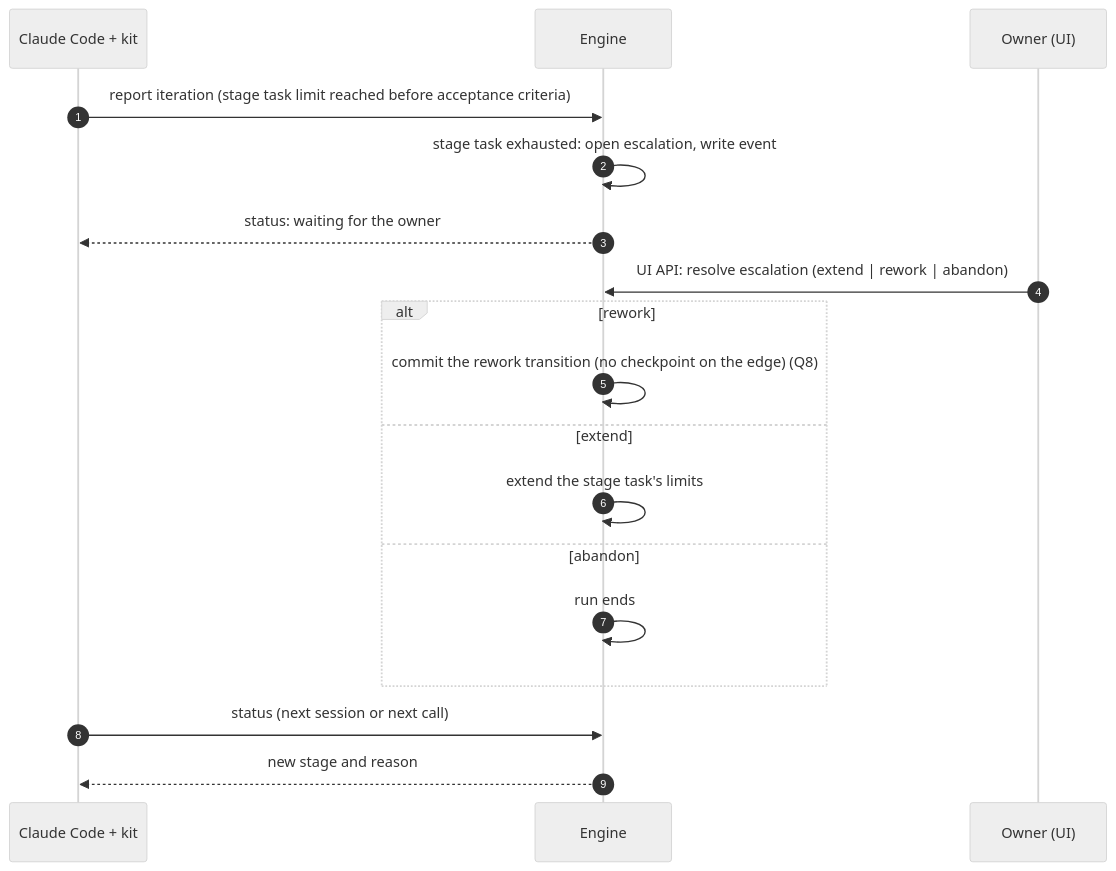
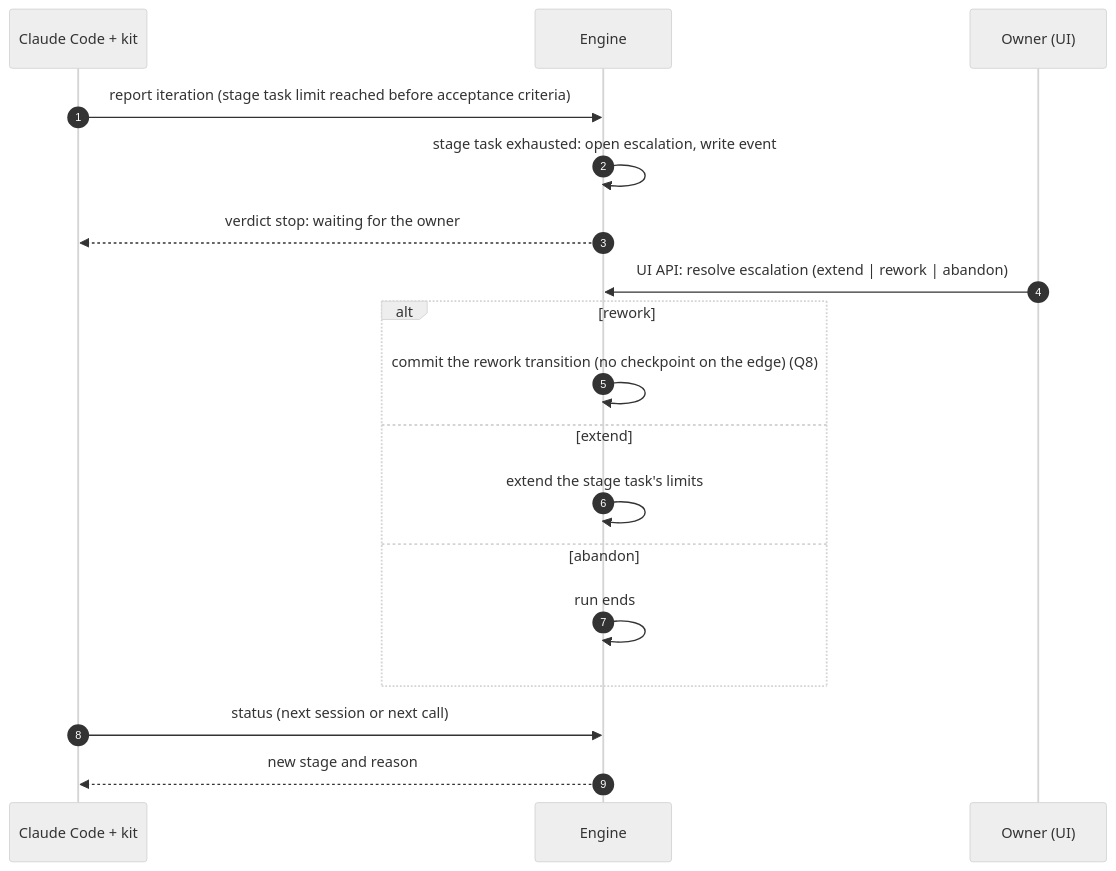
One commit to JoDi-27/ai-workflow-poc changed the sixth of 9 diagrams in docs/architecture/sequences.md. Above: the diagram before and after it, drawn with Mermaid (neutral theme). The commit also changed other lines of this file and 10 other files, not shown here.

````diff
--- a/docs/architecture/sequences.md
+++ b/docs/architecture/sequences.md
@@ -158,20 +158,20 @@
 ```mermaid
 sequenceDiagram
   autonumber
   participant CC as Claude Code + kit
   participant E as Engine
   participant O as Owner (UI)
   CC->>E: report iteration (stage task limit reached before acceptance criteria)
   E->>E: stage task exhausted: open escalation, write event
-  E-->>CC: status: waiting for the owner
+  E-->>CC: verdict stop: waiting for the owner
   O->>E: UI API: resolve escalation (extend | rework | abandon)
   alt rework
     E->>E: commit the rework transition (no checkpoint on the edge) (Q8)
   else extend
     E->>E: extend the stage task's limits
   else abandon
     E->>E: run ends
   end
   CC->>E: status (next session or next call)
   E-->>CC: new stage and reason
 ```
````
